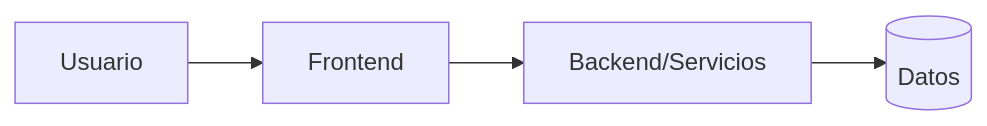
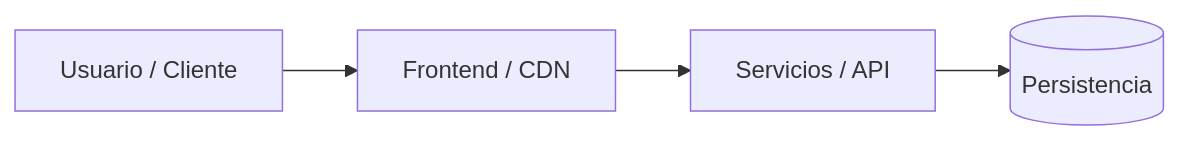
One commit to bfernandois059/dev-workflow-skills changed the diagram in skills/project-blueprint/assets/templates/00-project-blueprint.template.md. Above: the diagram before and after it, drawn with Mermaid. The commit also changed other lines of this file and 1 other file, not shown here.

````diff
--- a/skills/project-blueprint/assets/templates/00-project-blueprint.template.md
+++ b/skills/project-blueprint/assets/templates/00-project-blueprint.template.md
@@ -45,6 +81,6 @@
 ```mermaid
 flowchart LR
-  U[Usuario] --> F[Frontend]
-  F --> B[Backend/Servicios]
-  B --> D[(Datos)]
+  U[Usuario / Cliente] --> F[Frontend / CDN]
+  F --> B[Servicios / API]
+  B --> D[(Persistencia)]
 ```
````
